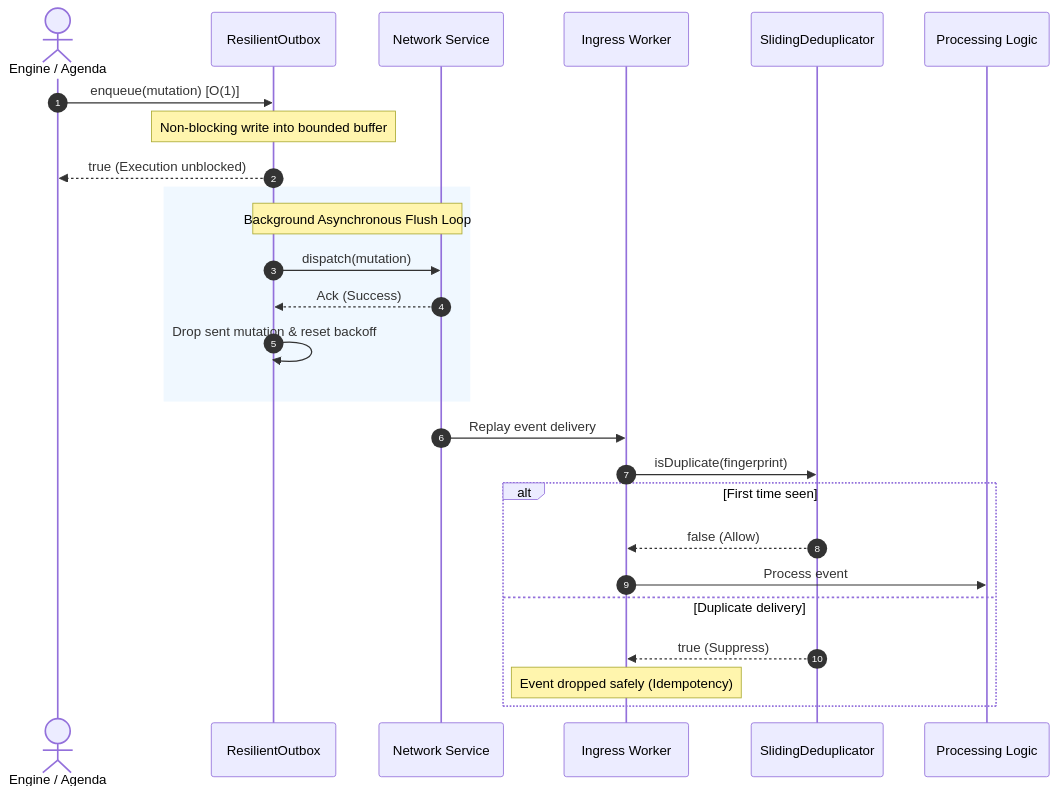
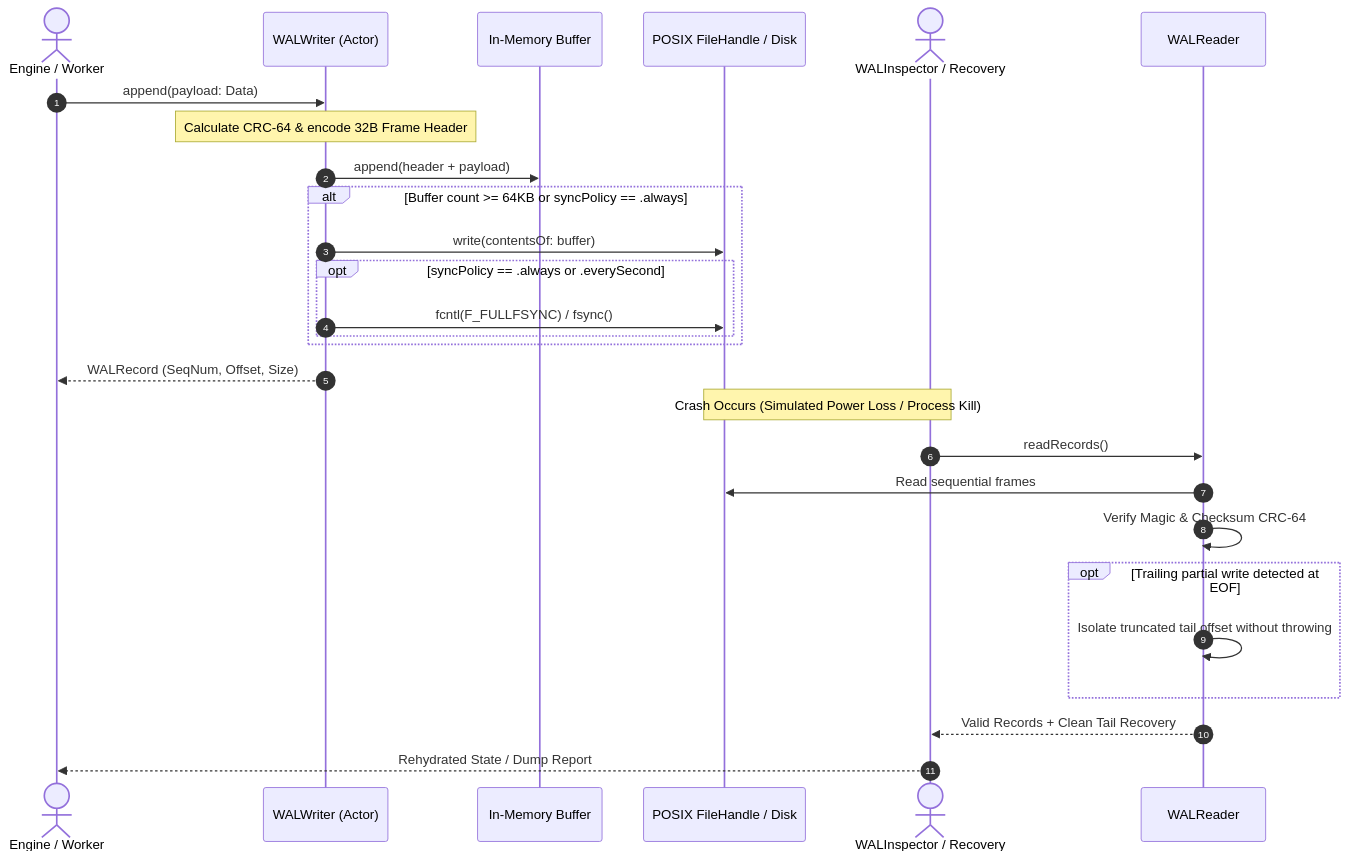
Before and after one commit to globalflea/DataStructuresSwift: the second of 4 diagrams in Docs/Design/01_DATA_STRUCTURES_AND_RESILIENCE_SPECIFICATION.md, drawn with Mermaid. The commit also changed other lines of this file and 9 other files, not shown here.

Commit message:
feat: add generic Write-Ahead Log (WAL) storage, reader, and WALInspector

````diff
--- a/Docs/Design/01_DATA_STRUCTURES_AND_RESILIENCE_SPECIFICATION.md
+++ b/Docs/Design/01_DATA_STRUCTURES_AND_RESILIENCE_SPECIFICATION.md
@@ -116,31 +147,31 @@
 ```mermaid
 sequenceDiagram
     autonumber
-    actor Caller as Engine / Agenda
-    participant Outbox as ResilientOutbox
-    participant Remote as Network Service
-    participant Ingress as Ingress Worker
-    participant Dedup as SlidingDeduplicator
-    participant Handler as Processing Logic
+    actor Caller as Engine / Worker
+    participant Writer as WALWriter (Actor)
+    participant Buffer as In-Memory Buffer
+    participant Disk as POSIX FileHandle / Disk
+    actor Inspector as WALInspector / Recovery
+    participant Reader as WALReader
 
-    Caller->>Outbox: enqueue(mutation) [O(1)]
-    Note over Outbox: Non-blocking write into bounded buffer
-    Outbox-->>Caller: true (Execution unblocked)
-    
-    rect rgb(240, 248, 255)
-        Note over Outbox,Remote: Background Asynchronous Flush Loop
-        Outbox->>Remote: dispatch(mutation)
-        Remote-->>Outbox: Ack (Success)
-        Outbox->>Outbox: Drop sent mutation & reset backoff
+    Caller->>Writer: append(payload: Data)
+    Note over Writer: Calculate CRC-64 & encode 32B Frame Header
+    Writer->>Buffer: append(header + payload)
+    alt Buffer count >= 64KB or syncPolicy == .always
+        Writer->>Disk: write(contentsOf: buffer)
+        opt syncPolicy == .always or .everySecond
+            Writer->>Disk: fcntl(F_FULLFSYNC) / fsync()
+        end
     end
+    Writer-->>Caller: WALRecord (SeqNum, Offset, Size)
 
-    Remote->>Ingress: Replay event delivery
-    Ingress->>Dedup: isDuplicate(fingerprint)
-    alt First time seen
-        Dedup-->>Ingress: false (Allow)
-        Ingress->>Handler: Process event
-    else Duplicate delivery
-        Dedup-->>Ingress: true (Suppress)
-        Note over Ingress: Event dropped safely (Idempotency)
+    Note over Disk,Inspector: Crash Occurs (Simulated Power Loss / Process Kill)
+    Inspector->>Reader: readRecords()
+    Reader->>Disk: Read sequential frames
+    Reader->>Reader: Verify Magic & Checksum CRC-64
+    opt Trailing partial write detected at EOF
+        Reader->>Reader: Isolate truncated tail offset without throwing
     end
+    Reader-->>Inspector: Valid Records + Clean Tail Recovery
+    Inspector-->>Caller: Rehydrated State / Dump Report
 ```
````
